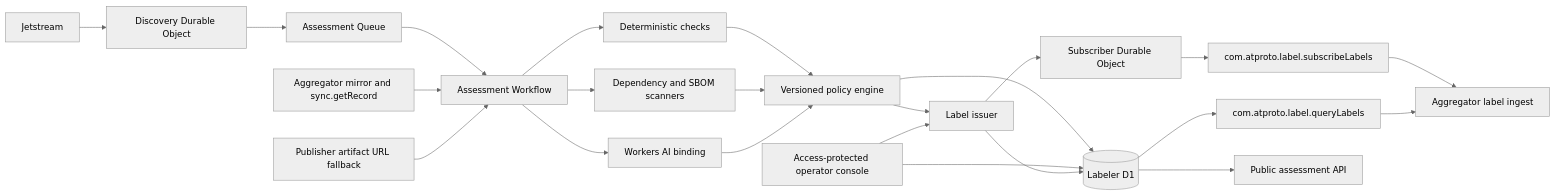
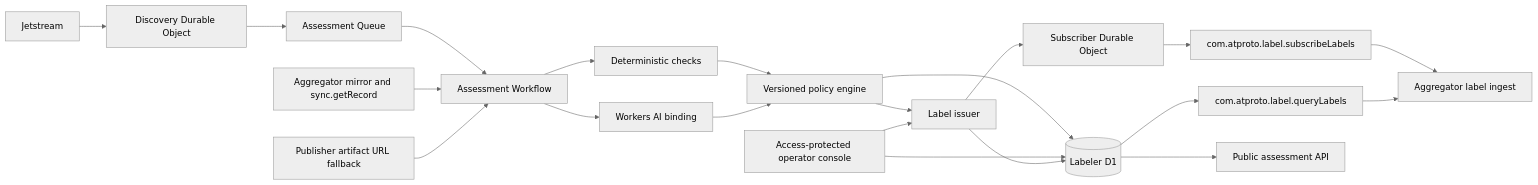
Before and after one commit to emdash-cms/emdash: the diagram in .opencode/plans/plugin-registry-labelling-service/spec.md, drawn with Mermaid (neutral theme). The commit also changed other lines of this file and 1 other file, not shown here.

First line of the commit message:
docs(labeler-plan): code-first analysis, drop dependency/SBOM/scanner machinery

````diff
--- a/.opencode/plans/plugin-registry-labelling-service/spec.md
+++ b/.opencode/plans/plugin-registry-labelling-service/spec.md
@@ -86,25 +86,23 @@
 ```mermaid
 flowchart LR
   JS[Jetstream] --> JD[Discovery Durable Object]
   JD --> Q[Assessment Queue]
   Q --> WF[Assessment Workflow]
   AGG[Aggregator mirror and sync.getRecord] --> WF
   SRC[Publisher artifact URL fallback] --> WF
   WF --> DET[Deterministic checks]
-  WF --> DEP[Dependency and SBOM scanners]
   WF --> AI[Workers AI binding]
   DET --> PE[Versioned policy engine]
-  DEP --> PE
   AI --> PE
   PE --> D1[(Labeler D1)]
   PE --> ISSUER[Label issuer]
   UI[Access-protected operator console] --> D1
   UI --> ISSUER
   ISSUER --> D1
   ISSUER --> SD[Subscriber Durable Object]
   SD --> SUB[com.atproto.label.subscribeLabels]
   D1 --> QUERY[com.atproto.label.queryLabels]
   D1 --> PUBLIC[Public assessment API]
   SUB --> AGGI[Aggregator label ingest]
   QUERY --> AGGI
 ```
````
